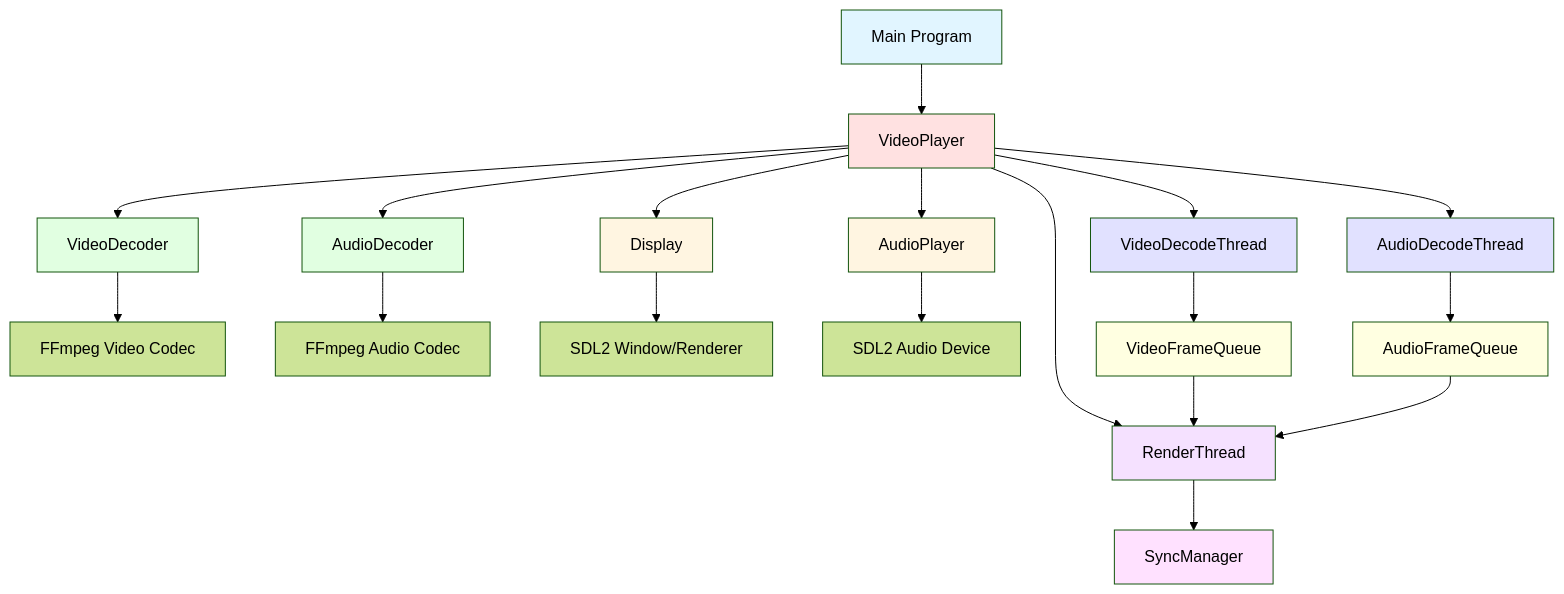
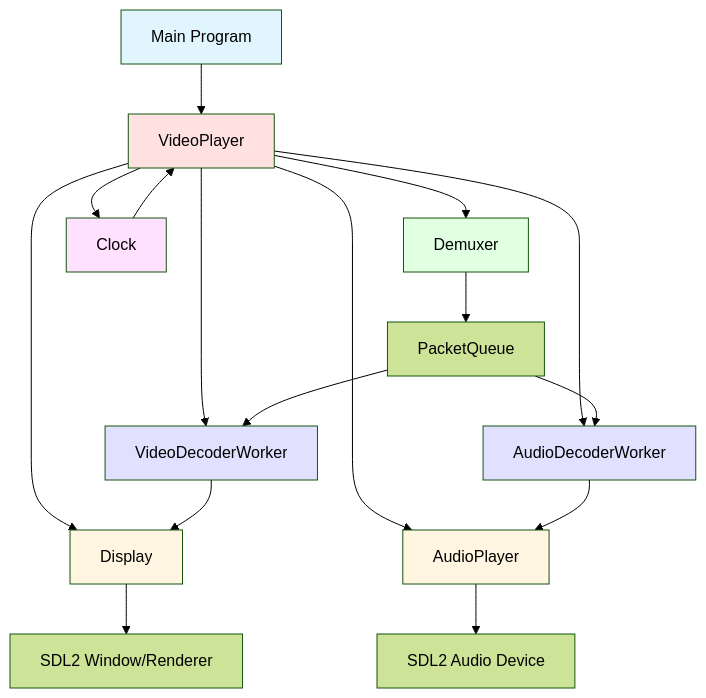
Before and after one commit to DISLIKELIKE/modern-video-player: the first of 6 diagrams in docs/ARCHITECTURE.md, drawn with Mermaid (forest theme). The commit also changed other lines of this file and 14 other files, not shown here.

````diff
--- a/docs/ARCHITECTURE.md
+++ b/docs/ARCHITECTURE.md
@@ -17,37 +17,31 @@
 ```mermaid
 graph TB
     A[Main Program] --> B[VideoPlayer]
-    B --> C[VideoDecoder]
-    B --> D[AudioDecoder]
-    B --> E[Display]
-    B --> F[AudioPlayer]
+    B --> C[Demuxer]
+    B --> D[VideoDecoderWorker]
+    B --> E[AudioDecoderWorker]
+    B --> F[Display]
+    B --> G[AudioPlayer]
+    B --> H[Clock]
     
-    C --> G[FFmpeg Video Codec]
-    D --> H[FFmpeg Audio Codec]
-    E --> I[SDL2 Window/Renderer]
-    F --> J[SDL2 Audio Device]
+    C --> I[PacketQueue]
+    I --> D
+    I --> E
     
-    B --> K[RenderThread]
-    B --> L[VideoDecodeThread]
-    B --> M[AudioDecodeThread]
+    D --> F
+    E --> G
     
-    L --> N[VideoFrameQueue]
-    M --> O[AudioFrameQueue]
-    N --> K
-    O --> K
+    F --> J[SDL2 Window/Renderer]
+    G --> K[SDL2 Audio Device]
     
-    K --> P[SyncManager]
+    H --> B
     
     style A fill:#e1f5ff
     style B fill:#ffe1e1
     style C fill:#e1ffe1
-    style D fill:#e1ffe1
-    style E fill:#fff5e1
+    style D fill:#e1e1ff
+    style E fill:#e1e1ff
     style F fill:#fff5e1
-    style K fill:#f5e1ff
-    style L fill:#e1e1ff
-    style M fill:#e1e1ff
-    style N fill:#ffffe1
-    style O fill:#ffffe1
-    style P fill:#ffe1ff
+    style G fill:#fff5e1
+    style H fill:#ffe1ff
 ```
````
